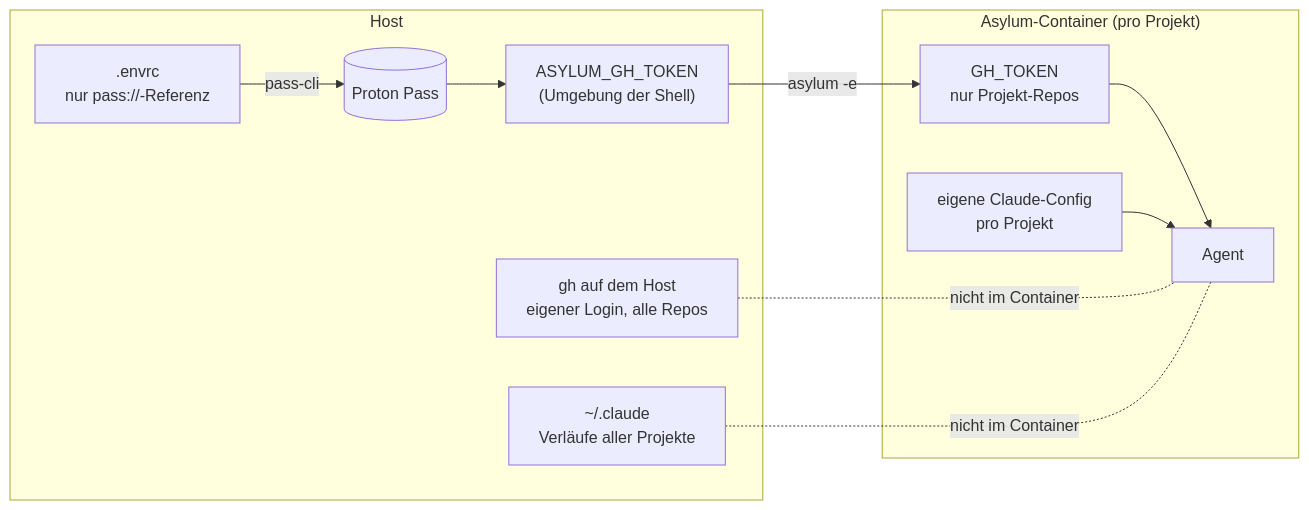
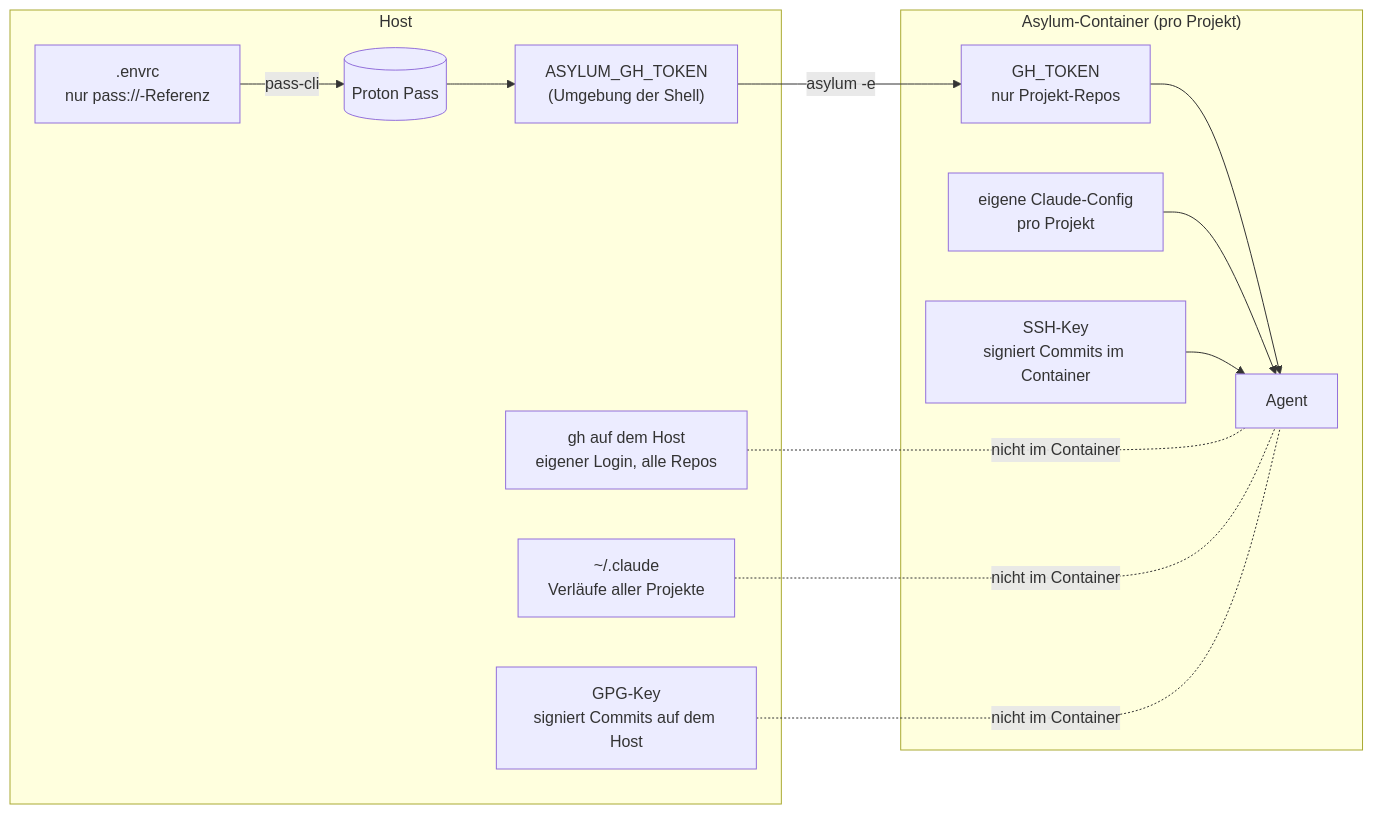
One commit to loeti/agent-skills changed the second of 2 diagrams in docs/asylum-setup.md. Above: the diagram before and after it, drawn with Mermaid. The commit also changed other lines of this file and 2 other files, not shown here.

First line of the commit message:
asylum-credentials: sign with the container's SSH key, document merged PRs

````diff
--- a/docs/asylum-setup.md
+++ b/docs/asylum-setup.md
@@ -47,22 +51,26 @@
 ```mermaid
 flowchart LR
     subgraph Host
         PP[(Proton Pass)]
         ENVRC[".envrc<br/>nur pass://-Referenz"]
         ENV["ASYLUM_GH_TOKEN<br/>(Umgebung der Shell)"]
         GHHOST["gh auf dem Host<br/>eigener Login, alle Repos"]
         CLAUDEHOST["~/.claude<br/>Verläufe aller Projekte"]
+        GPG["GPG-Key<br/>signiert Commits auf dem Host"]
     end
     subgraph Container["Asylum-Container (pro Projekt)"]
         TOKEN["GH_TOKEN<br/>nur Projekt-Repos"]
         AGENT[Agent]
         CFG["eigene Claude-Config<br/>pro Projekt"]
+        SSHKEY["SSH-Key<br/>signiert Commits im Container"]
     end
     ENVRC -- pass-cli --> PP
     PP --> ENV
     ENV -- "asylum -e" --> TOKEN
     TOKEN --> AGENT
     CFG --> AGENT
+    SSHKEY --> AGENT
     GHHOST -.-|nicht im Container| AGENT
     CLAUDEHOST -.-|nicht im Container| AGENT
+    GPG -.-|nicht im Container| AGENT
 ```
````
